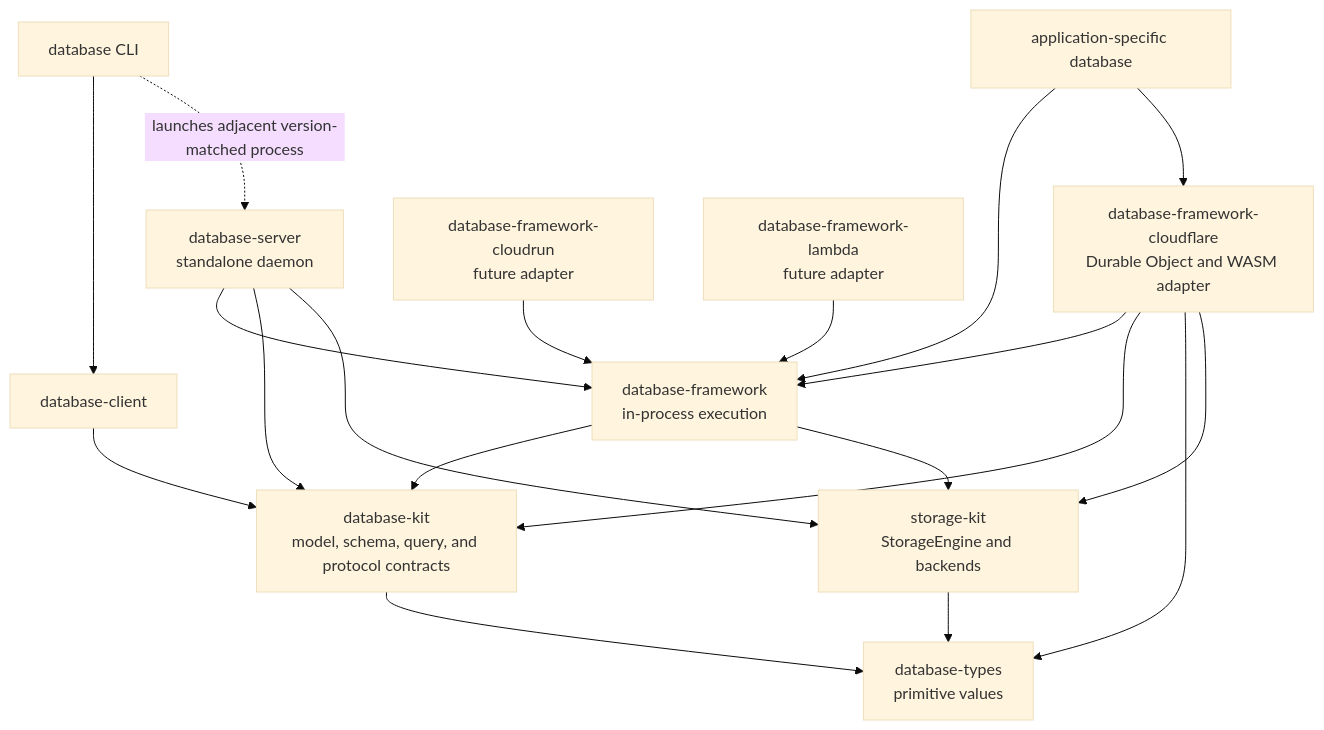
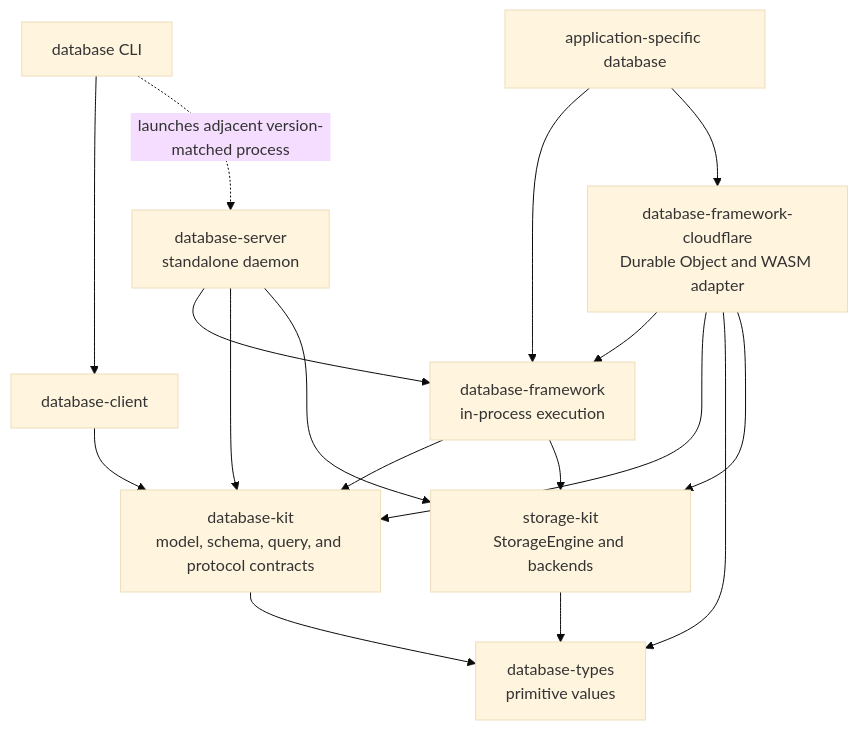
One commit to 1amageek/database-framework-cloudflare changed the first of 3 diagrams in Docs/ADR-0003-framework-adapter-and-standalone-server-boundaries.md. Above: the diagram before and after it, drawn with Mermaid (base theme). The commit also changed other lines of this file and 2 other files, not shown here.

Commit message:
Remove superseded database adapter design

````diff
--- a/Docs/ADR-0003-framework-adapter-and-standalone-server-boundaries.md
+++ b/Docs/ADR-0003-framework-adapter-and-standalone-server-boundaries.md
@@ -118,37 +110,32 @@
 ```mermaid
 flowchart TB
     Types["database-types<br/>primitive values"]
     Kit["database-kit<br/>model, schema, query, and protocol contracts"]
     Storage["storage-kit<br/>StorageEngine and backends"]
     Framework["database-framework<br/>in-process execution"]
     Server["database-server<br/>standalone daemon"]
     Client["database-client"]
     CLI["database CLI"]
     Cloudflare["database-framework-cloudflare<br/>Durable Object and WASM adapter"]
-    CloudRun["database-framework-cloudrun<br/>future adapter"]
-    Lambda["database-framework-lambda<br/>future adapter"]
     Application["application-specific database"]
 
     Kit --> Types
     Storage --> Types
     Framework --> Kit
     Framework --> Storage
 
     Server --> Framework
     Server --> Kit
     Server --> Storage
 
     Client --> Kit
     CLI --> Client
     CLI -. "launches adjacent version-matched process" .-> Server
 
     Cloudflare --> Framework
     Cloudflare --> Kit
     Cloudflare --> Types
     Cloudflare --> Storage
-    CloudRun --> Framework
-    Lambda --> Framework
-
     Application --> Framework
     Application --> Cloudflare
 ```
````
